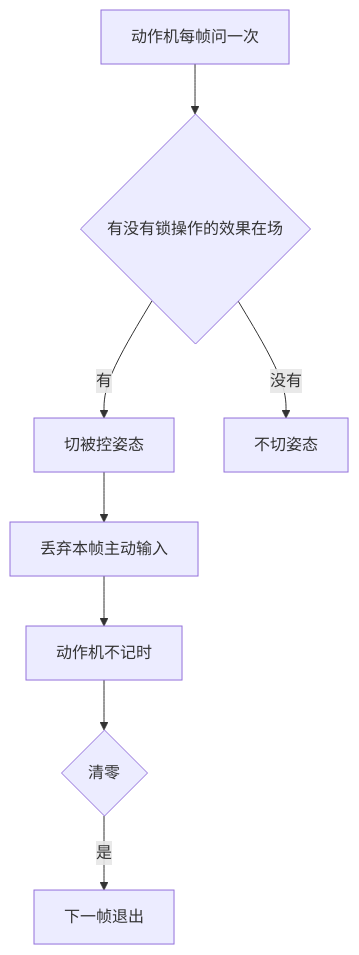
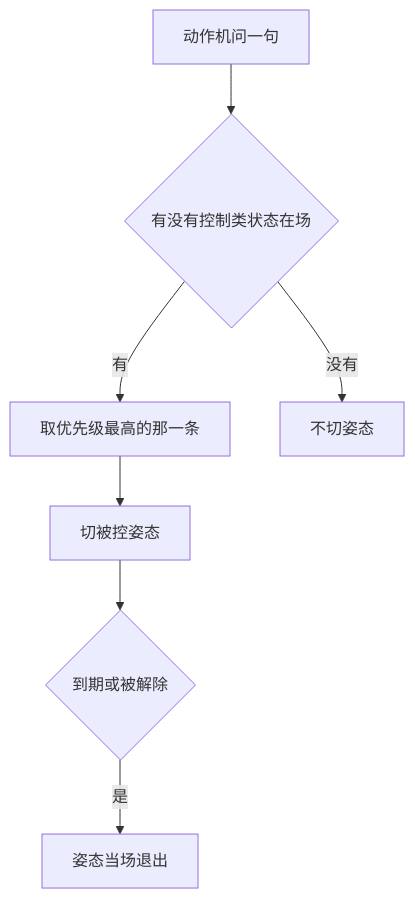
One commit to haohaoxuexiHAOHAO/Tinderhearth-The-Last-Class-Docs changed the second of 2 diagrams in design/状态效果系统.md. Above: the diagram before and after it, drawn with Mermaid. The commit also changed other lines of this file and 21 other files, not shown here.

````diff
--- a/design/状态效果系统.md
+++ b/design/状态效果系统.md
@@ -121,10 +315,9 @@
 ```mermaid
 flowchart TD
-    每帧["动作机每帧问一次"] --> 在场{"有没有锁操作的效果在场"}
-    在场 -->|有| 切["切被控姿态"]
-    切 --> 丢弃["丢弃本帧主动输入"]
+    问["动作机问一句"] --> 在场{"有没有控制类状态在场"}
+    在场 -->|有| 取["取优先级最高的那一条"]
+    取 --> 切["切被控姿态"]
     在场 -->|没有| 不切["不切姿态"]
-    丢弃 --> 计时["动作机不记时"]
-    计时 --> 清零{"清零"}
-    清零 -->|是| 退出["下一帧退出"]
+    切 --> 没了{"到期或被解除"}
+    没了 -->|是| 退出["姿态当场退出"]
 ```
````
